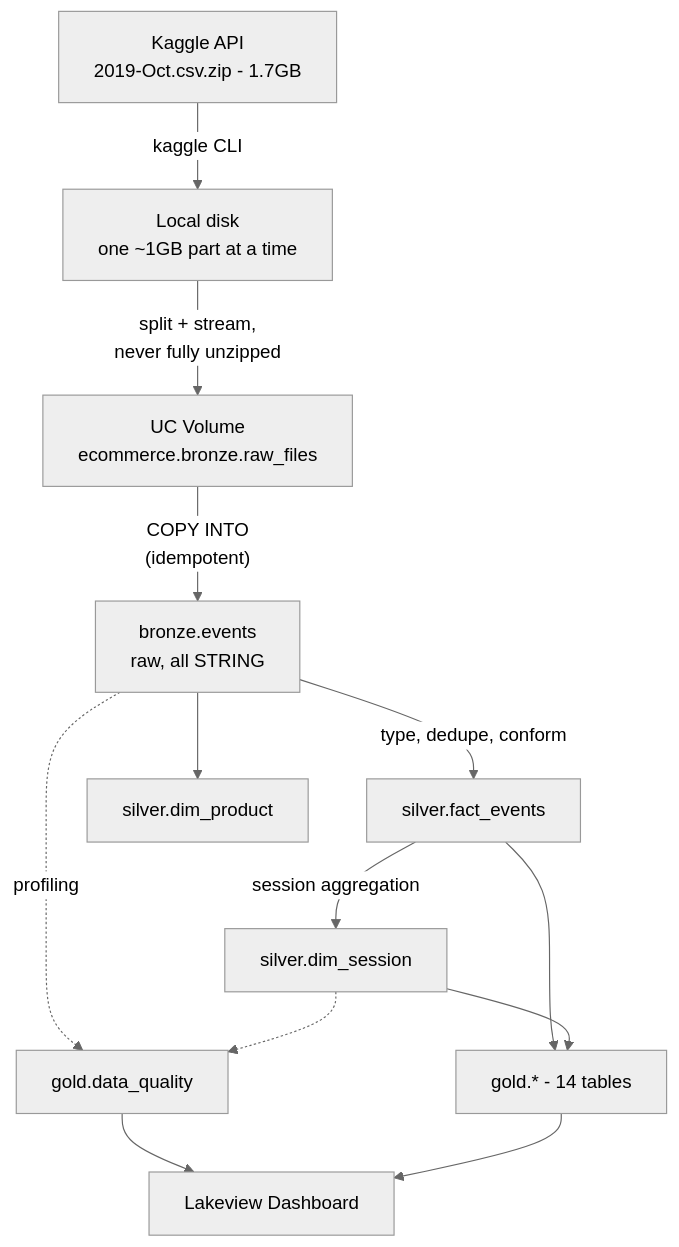
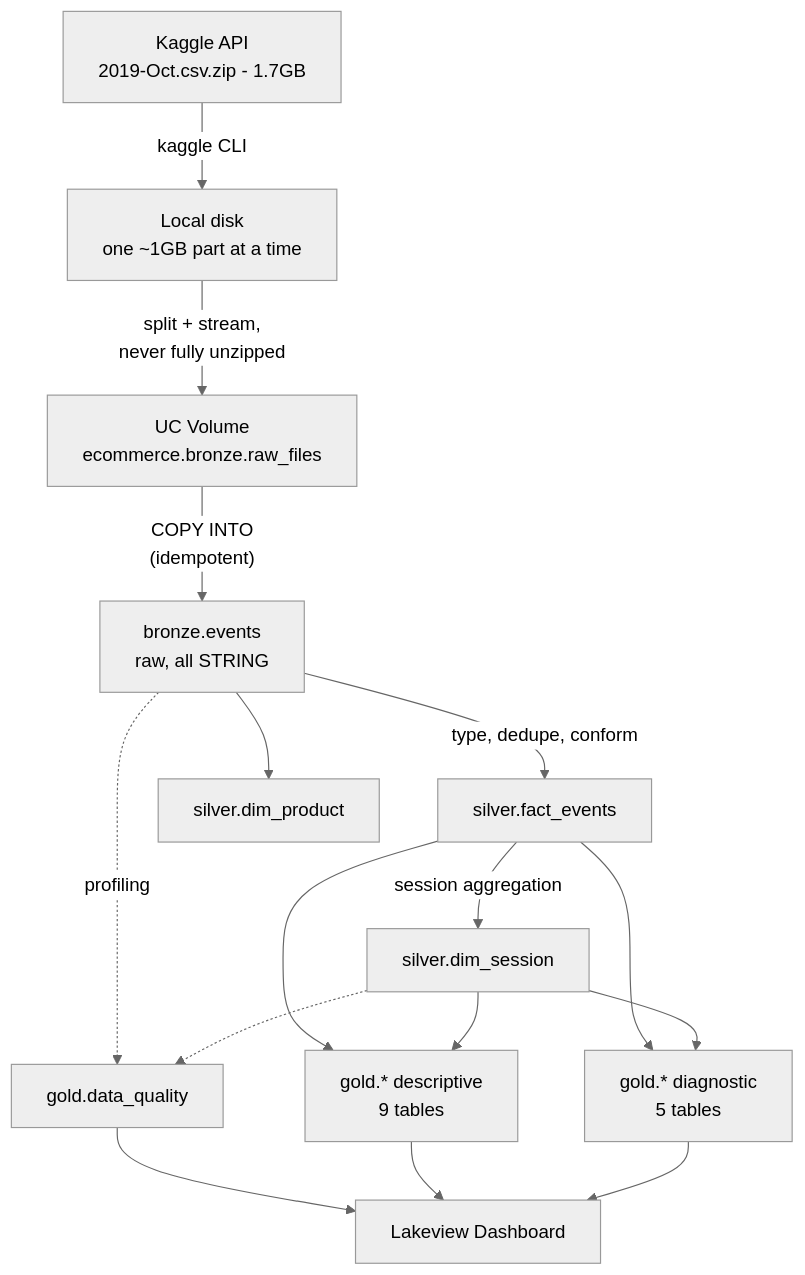
The first of 2 diagrams in README.md (drdhavaltrivedi/ecommerce-databricks-lakehouse), drawn with Mermaid (neutral theme) before and after one commit. The commit also changed other lines of this file, not shown here.

First line of the commit message:
Complete the docs: renumber sections, document diagnostic tables

````diff
--- a/README.md
+++ b/README.md
@@ -87,26 +93,30 @@
 ```mermaid
 flowchart TD
     K["Kaggle API<br/>2019-Oct.csv.zip - 1.7GB"]
     L["Local disk<br/>one ~1GB part at a time"]
     V["UC Volume<br/>ecommerce.bronze.raw_files"]
     B["bronze.events<br/>raw, all STRING"]
     S1["silver.fact_events"]
     S2["silver.dim_product"]
     S3["silver.dim_session"]
-    G["gold.* - 14 tables"]
+    G["gold.* descriptive<br/>9 tables"]
+    O["gold.* diagnostic<br/>5 tables"]
     D["Lakeview Dashboard"]
     Q["gold.data_quality"]
 
     K -->|"kaggle CLI"| L
     L -->|"split + stream,<br/>never fully unzipped"| V
     V -->|"COPY INTO<br/>(idempotent)"| B
     B -->|"type, dedupe, conform"| S1
     B --> S2
     S1 -->|"session aggregation"| S3
     S1 --> G
     S3 --> G
+    S1 --> O
+    S3 --> O
     B -.->|"profiling"| Q
     S3 -.-> Q
     Q --> D
     G --> D
+    O --> D
 ```
````
